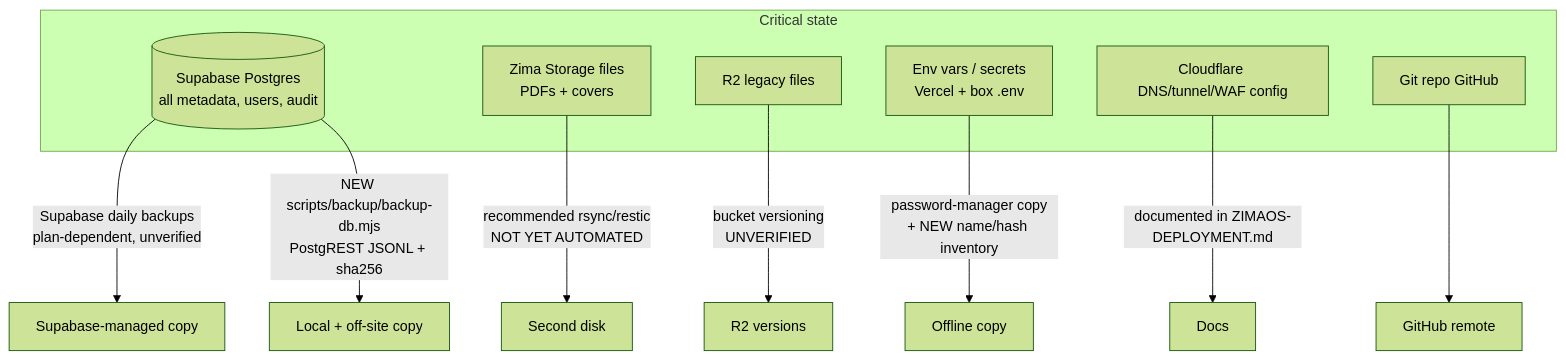
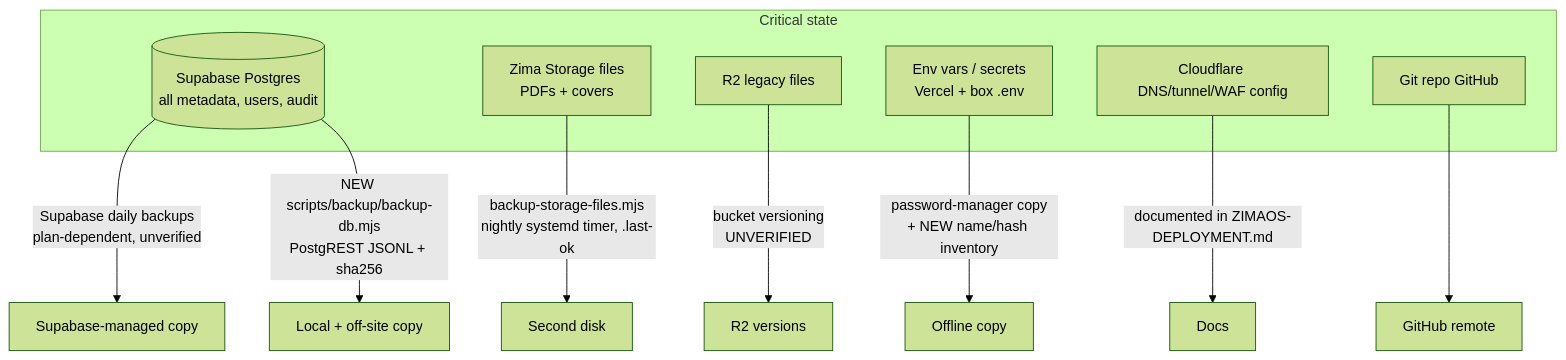
Before and after one commit to raksmeyron97-design/ptec-elibrary: the fourth of 5 diagrams in docs/OPERATIONS-AUDIT.md, drawn with Mermaid (forest theme). The commit also changed other lines of this file and 29 other files, not shown here.

````diff
--- a/docs/OPERATIONS-AUDIT.md
+++ b/docs/OPERATIONS-AUDIT.md
@@ -85,18 +85,18 @@
 ```mermaid
 flowchart TD
     subgraph Critical state
       DB[(Supabase Postgres<br/>all metadata, users, audit)]
       FILES[Zima Storage files<br/>PDFs + covers]
       R2L[R2 legacy files]
       ENV[Env vars / secrets<br/>Vercel + box .env]
       INFRA[Cloudflare DNS/tunnel/WAF config]
       CODE[Git repo GitHub]
     end
     DB -->|Supabase daily backups<br/>plan-dependent, unverified| B1[Supabase-managed copy]
     DB -->|NEW scripts/backup/backup-db.mjs<br/>PostgREST JSONL + sha256| B2[Local + off-site copy]
-    FILES -->|recommended rsync/restic<br/>NOT YET AUTOMATED| B3[Second disk]
+    FILES -->|backup-storage-files.mjs<br/>nightly systemd timer, .last-ok| B3[Second disk]
     R2L -->|bucket versioning<br/>UNVERIFIED| B4[R2 versions]
     ENV -->|password-manager copy<br/>+ NEW name/hash inventory| B5[Offline copy]
     INFRA -->|documented in ZIMAOS-DEPLOYMENT.md| B6[Docs]
     CODE --> B7[GitHub remote]
 ```
````
